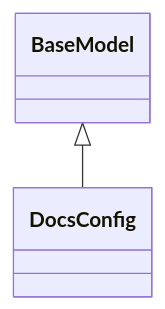
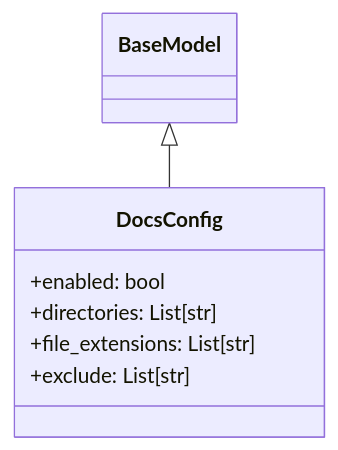
The eighth of 15 diagrams in design/autocode/api/models_items.md (Brunvelop/autocode), drawn with Mermaid before and after one commit. The commit also changed other lines of this file and 8 other files, not shown here.

````diff
--- a/design/autocode/api/models_items.md
+++ b/design/autocode/api/models_items.md
@@ -111,7 +136,11 @@
 ```mermaid
 classDiagram
     class DocsConfig {
+        +enabled: bool
+        +directories: List[str]
+        +file_extensions: List[str]
+        +exclude: List[str]
     }
     BaseModel <|-- DocsConfig
 
 ```
````
